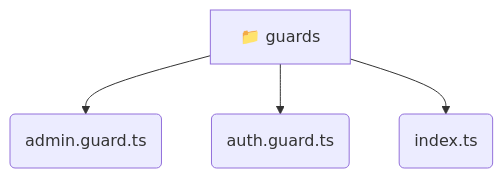
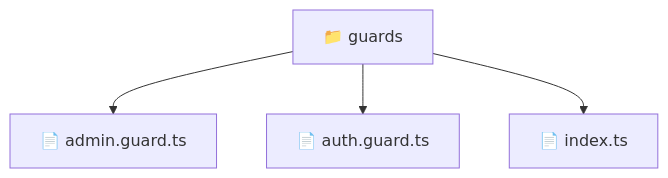
One commit to beginwebdev2002/fullstack-mavluda changed the diagram in frontend/src/core/guards/README.md. Above: the diagram before and after it, drawn with Mermaid. The commit also changed other lines of this file and 163 other files, not shown here.

````diff
--- a/frontend/src/core/guards/README.md
+++ b/frontend/src/core/guards/README.md
@@ -9,7 +9,7 @@
 ```mermaid
 graph TD
-  guards[📁 guards]
-  guards --> guards_admin_guard_ts(admin.guard.ts)
-  guards --> guards_auth_guard_ts(auth.guard.ts)
-  guards --> guards_index_ts(index.ts)
+  Root["📁 guards"]
+  Root --> adminguardts["📄 admin.guard.ts"]
+  Root --> authguardts["📄 auth.guard.ts"]
+  Root --> indexts["📄 index.ts"]
 ```
````
